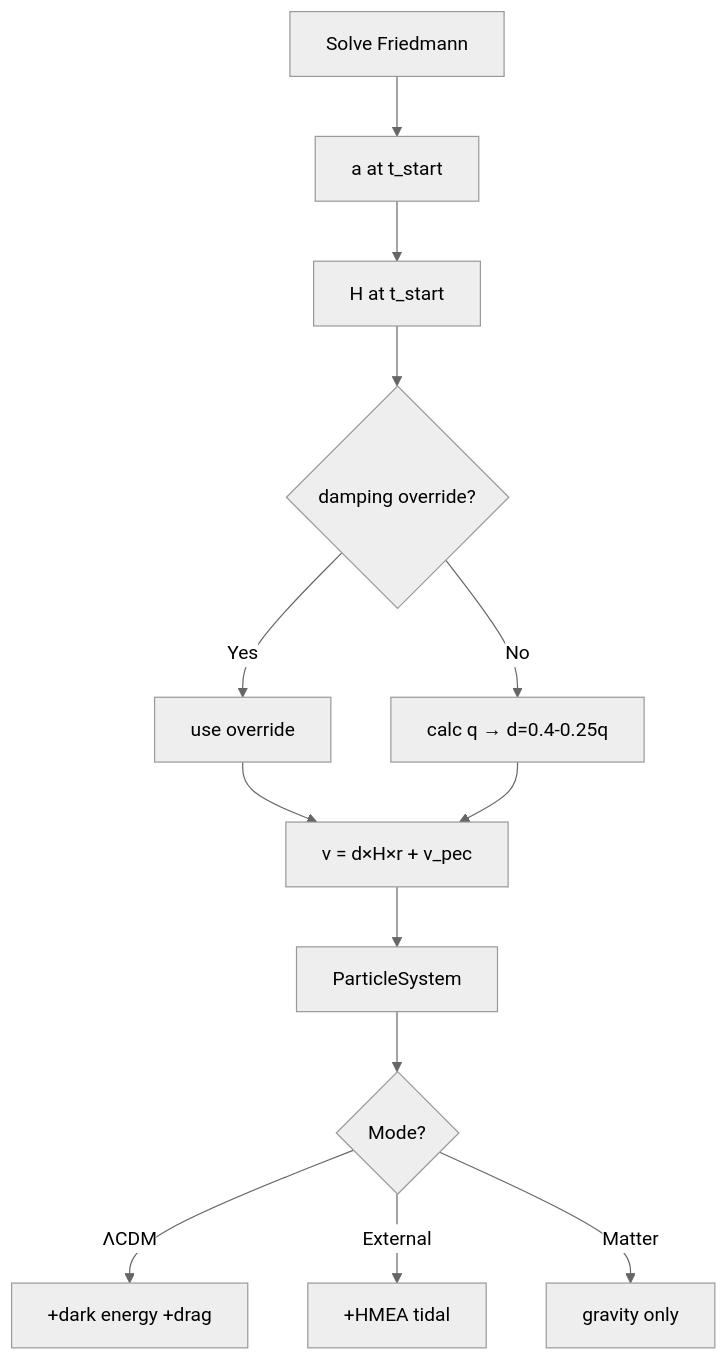
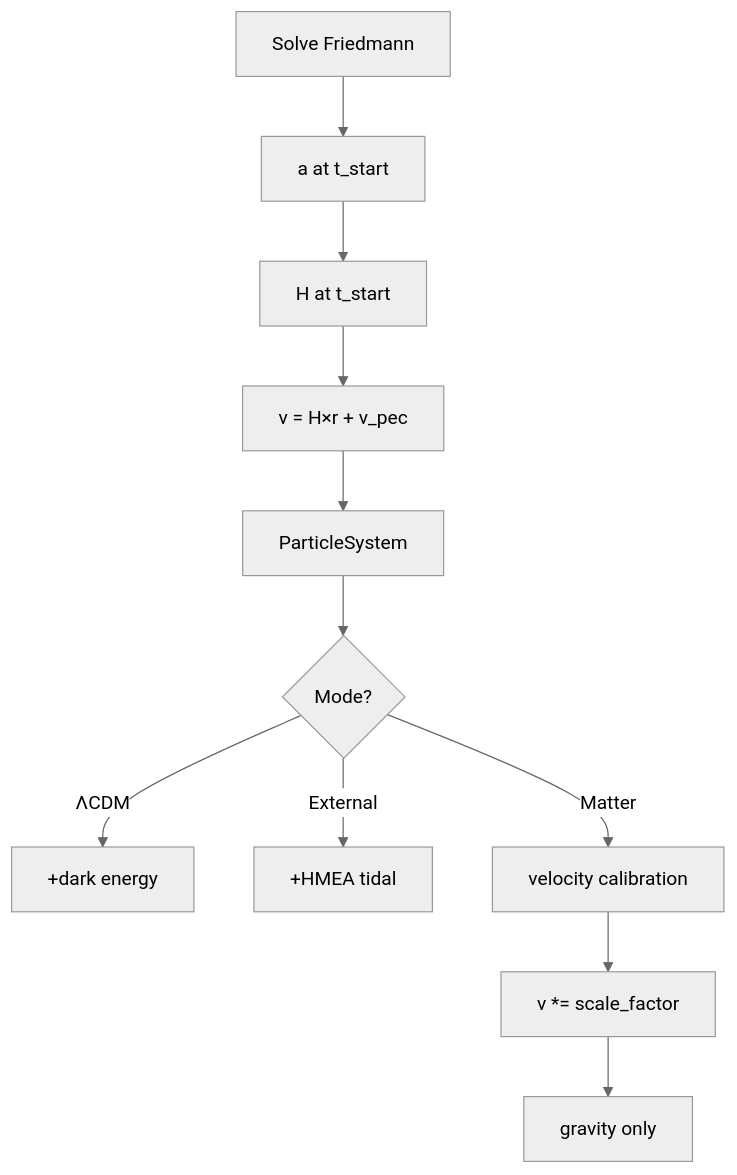
The diagram in lode/physics/initial-conditions.md (MartinGamsby/ProgenitorNodeModelCosmology), drawn with Mermaid (neutral theme) before and after one commit. The commit also changed other lines of this file and 5 other files, not shown here.

````diff
--- a/lode/physics/initial-conditions.md
+++ b/lode/physics/initial-conditions.md
@@ -159,15 +125,13 @@
 ```mermaid
 graph TD
     A[Solve Friedmann] --> B[a at t_start]
     B --> C[H at t_start]
-    C --> D{damping override?}
-    D -->|Yes| E[use override]
-    D -->|No| F[calc q → d=0.4-0.25q]
-    E --> G[v = d×H×r + v_pec]
-    F --> G
-    G --> H[ParticleSystem]
-    H --> I{Mode?}
-    I -->|ΛCDM| J[+dark energy +drag]
-    I -->|External| K[+HMEA tidal]
-    I -->|Matter| L[gravity only]
+    C --> D[v = H×r + v_pec]
+    D --> E[ParticleSystem]
+    E --> F{Mode?}
+    F -->|ΛCDM| G[+dark energy]
+    F -->|External| H[+HMEA tidal]
+    F -->|Matter| I[velocity calibration]
+    I --> J[v *= scale_factor]
+    J --> K[gravity only]
 ```
````
